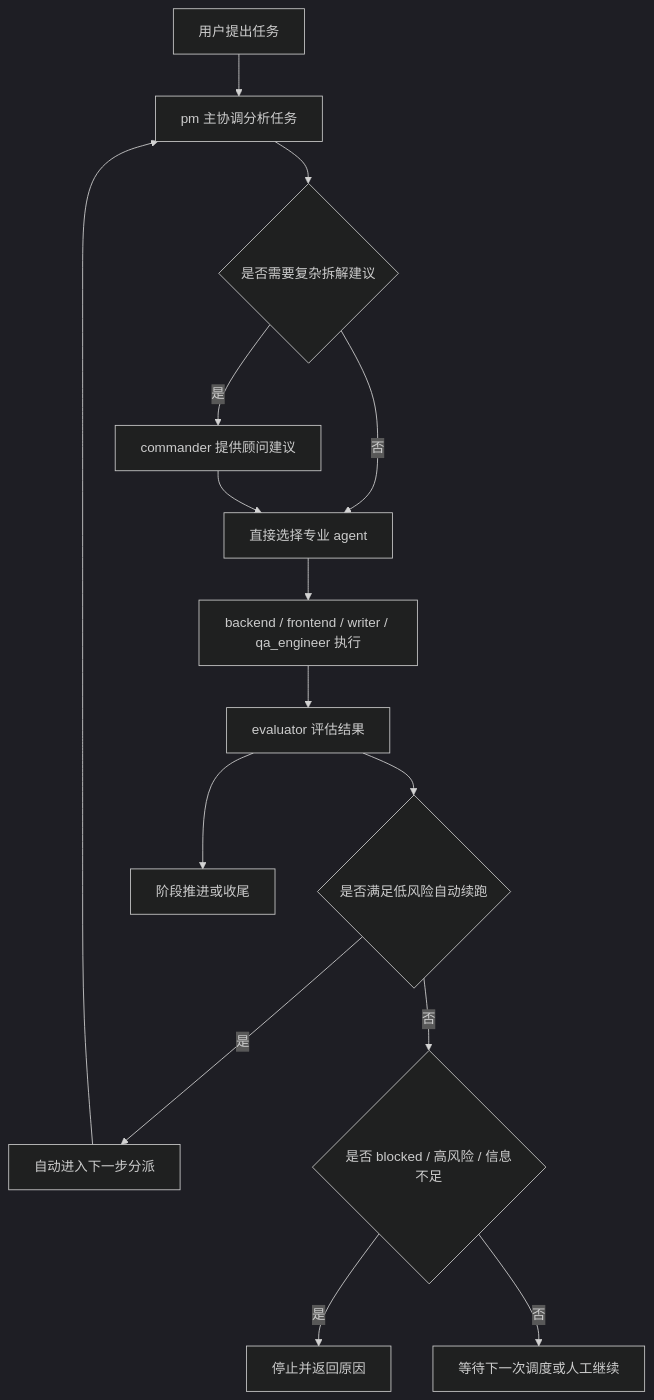
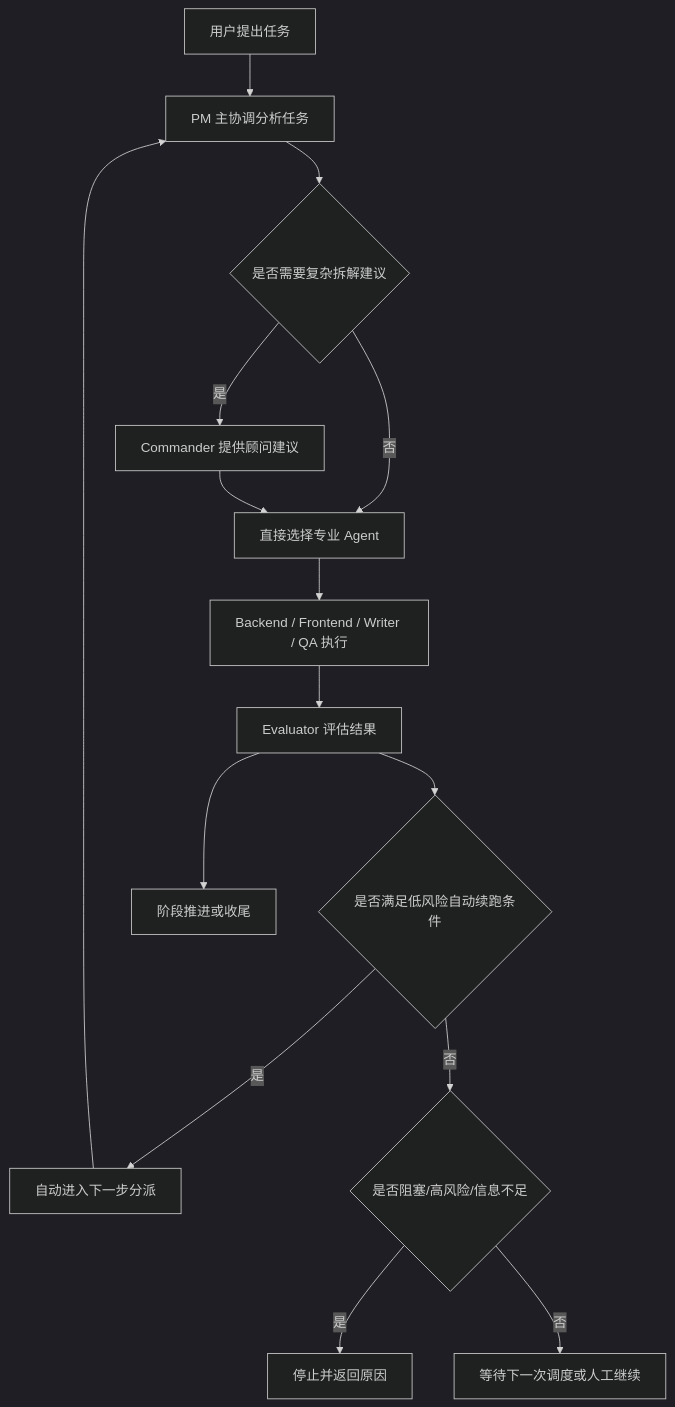
The first of 2 diagrams in docs/specs/2026-04-30-pm-workflow-diagrams-design.md (walke2019/opencode-pm-workflow), drawn with Mermaid (dark theme) before and after one commit. The commit also changed other lines of this file and 7 other files, not shown here.

Commit message:
docs: localize workflow architecture guides

````diff
--- a/docs/specs/2026-04-30-pm-workflow-diagrams-design.md
+++ b/docs/specs/2026-04-30-pm-workflow-diagrams-design.md
@@ -137,22 +154,22 @@
 ```mermaid
 flowchart TD
-    A[用户提出任务] --> B[pm 主协调分析任务]
+    A[用户提出任务] --> B[PM 主协调分析任务]
 
     B --> C{是否需要复杂拆解建议}
-    C -- 是 --> D[commander 提供顾问建议]
-    C -- 否 --> E[直接选择专业 agent]
+    C -- 是 --> D[Commander 提供顾问建议]
+    C -- 否 --> E[直接选择专业 Agent]
     D --> E
 
-    E --> F[backend / frontend / writer / qa_engineer 执行]
-    F --> G[evaluator 评估结果]
+    E --> F[Backend / Frontend / Writer / QA 执行]
+    F --> G[Evaluator 评估结果]
 
-    G --> H{是否满足低风险自动续跑}
+    G --> H{是否满足低风险自动续跑条件}
     H -- 是 --> I[自动进入下一步分派]
     I --> B
 
-    H -- 否 --> J{是否 blocked / 高风险 / 信息不足}
+    H -- 否 --> J{是否阻塞/高风险/信息不足}
     J -- 是 --> K[停止并返回原因]
     J -- 否 --> L[等待下一次调度或人工继续]
 
     G --> M[阶段推进或收尾]
 ```
````
